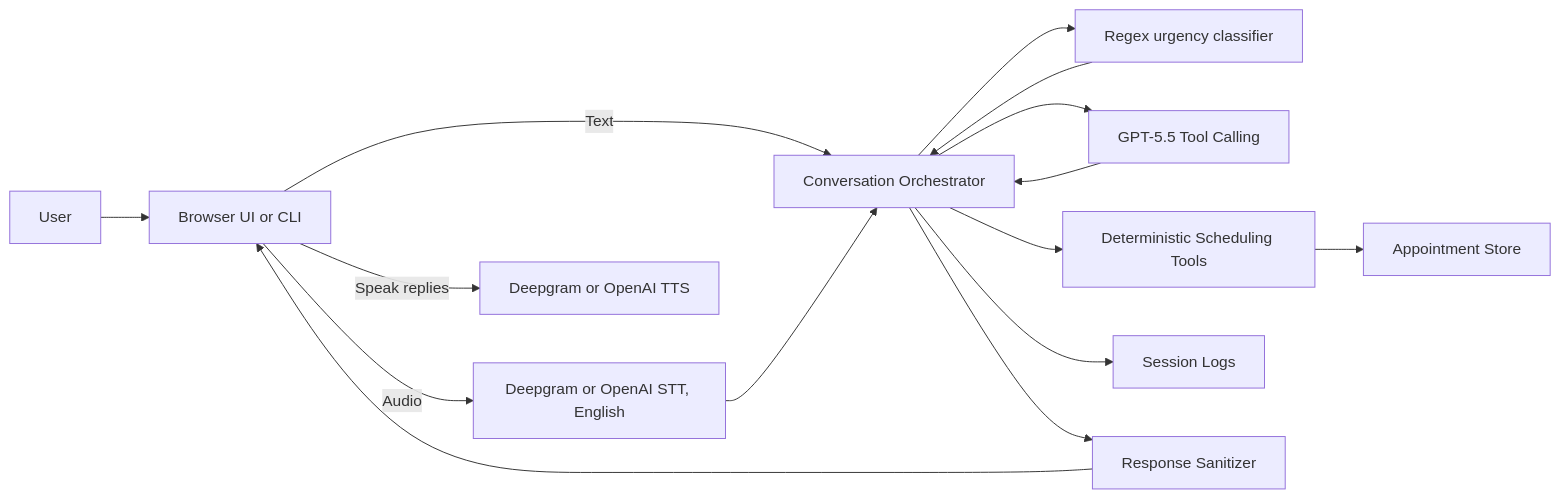
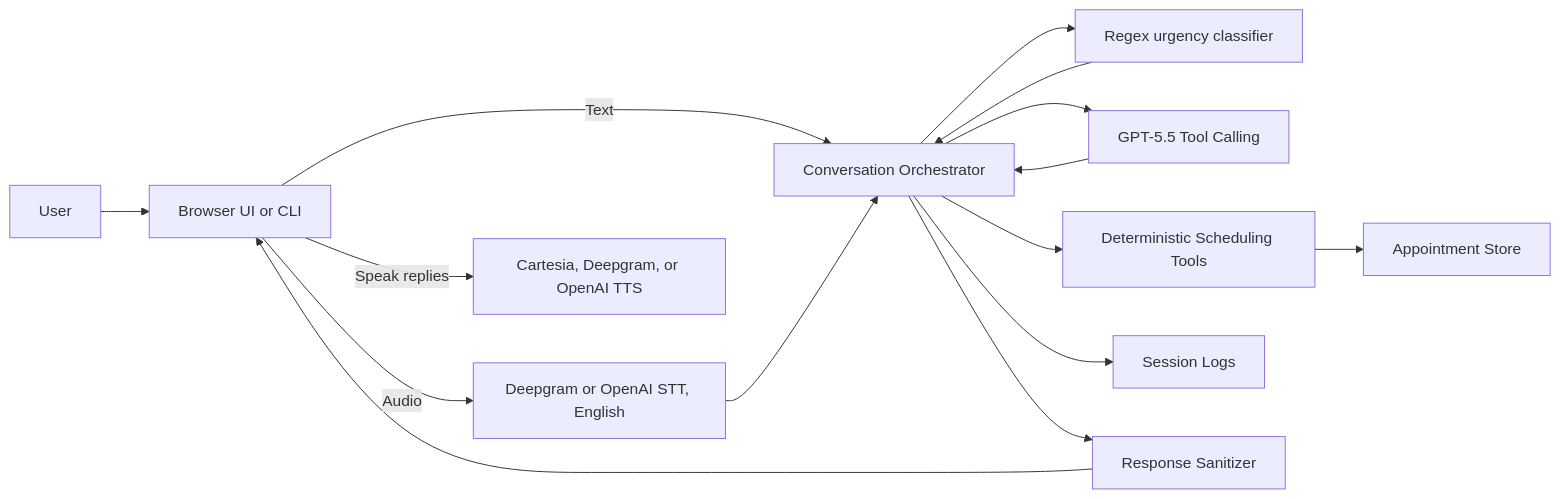
The first of 2 diagrams in README.md (amankumarhal/scheduling_agent), drawn with Mermaid before and after one commit. The commit also changed other lines of this file and 7 other files, not shown here.

Commit message:
Add Cartesia TTS provider

````diff
--- a/README.md
+++ b/README.md
@@ -30,17 +30,17 @@
 ```mermaid
 flowchart LR
     U[User] --> UI[Browser UI or CLI]
     UI -->|Audio| STT[Deepgram or OpenAI STT, English]
     UI -->|Text| ORCH[Conversation Orchestrator]
     STT --> ORCH
     ORCH --> URGENCY[Regex urgency classifier]
     URGENCY --> ORCH
     ORCH --> LLM[GPT-5.5 Tool Calling]
     LLM --> ORCH
     ORCH --> TOOLS[Deterministic Scheduling Tools]
     TOOLS --> STORE[Appointment Store]
     ORCH --> LOGS[Session Logs]
     ORCH --> CLEAN[Response Sanitizer]
     CLEAN --> UI
-    UI -->|Speak replies| TTS[Deepgram or OpenAI TTS]
+    UI -->|Speak replies| TTS[Cartesia, Deepgram, or OpenAI TTS]
 ```
````
